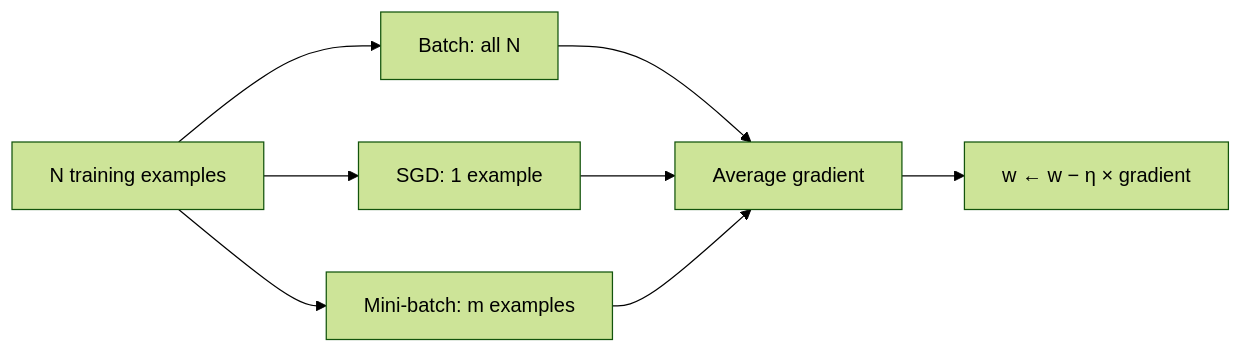
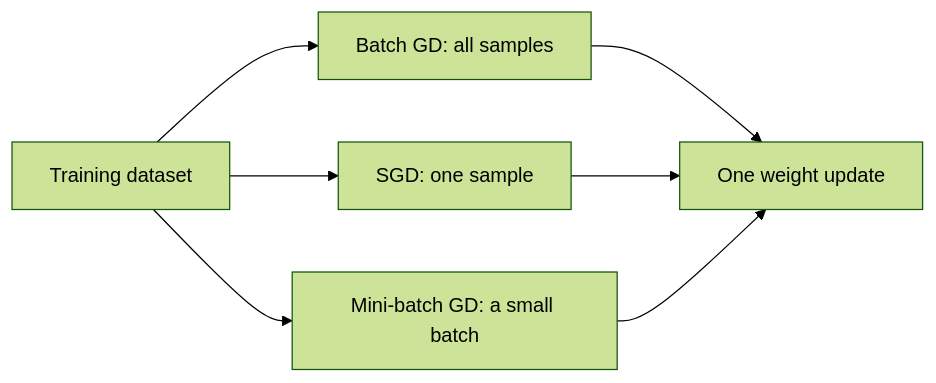
Before and after one commit to TrendySloth1001/sem-seven-notes: the diagram in content/deep-learning/pyq/2024-05/q3a.mdx, drawn with Mermaid (forest theme). The commit also changed other lines of this file and 254 other files, not shown here.

Commit message:
Rewrite the backpropagation, gradient descent, regularization and autoencoder notes and their 29 answers from the teachers' class files. They use 185 teacher figures with class-notes citations only, and correct the AdaGrad, RMSProp, Nesterov and batch-norm numbers on the slides.

````diff
--- a/content/deep-learning/pyq/2024-05/q3a.mdx
+++ b/content/deep-learning/pyq/2024-05/q3a.mdx
@@ -60,11 +9,10 @@
 ```mermaid
-%% caption: The three types differ only in how many examples feed each gradient; the update step is the same.
+%% caption: The three types of gradient descent differ in how many samples are used before one weight update.
 flowchart LR
-  D["N training examples"] --> B["Batch: all N"]
-  D --> S["SGD: 1 example"]
-  D --> M["Mini-batch: m examples"]
-  B --> G["Average gradient"]
-  S --> G
-  M --> G
-  G --> U["w ← w − η × gradient"]
+  D["Training dataset"] --> A["Batch GD: all samples"]
+  D --> B["SGD: one sample"]
+  D --> C["Mini-batch GD: a small batch"]
+  A --> U["One weight update"]
+  B --> U
+  C --> U
 ```
````
